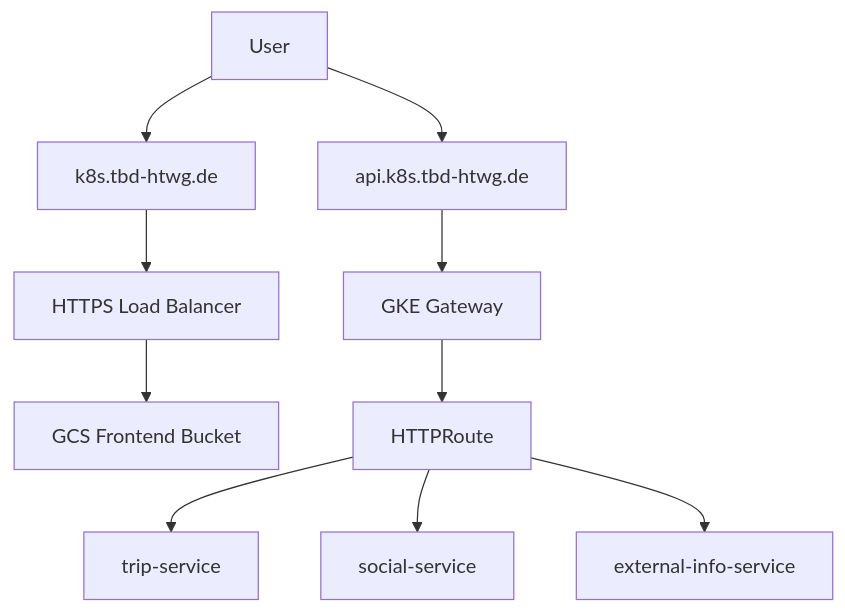
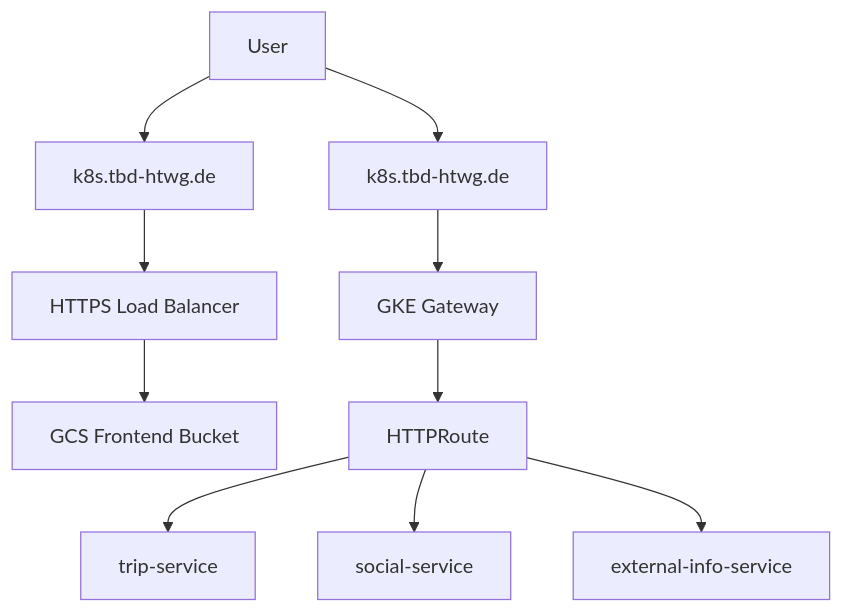
One commit to tbd-htwg/infrastructure changed the first of 2 diagrams in ms2/docs/overview.md. Above: the diagram before and after it, drawn with Mermaid. The commit also changed other lines of this file and 4 other files, not shown here.

````diff
--- a/ms2/docs/overview.md
+++ b/ms2/docs/overview.md
@@ -50,14 +50,14 @@
 ```mermaid
 graph TD
   U[User] --> FQDN[k8s.tbd-htwg.de]
-  U --> API[api.k8s.tbd-htwg.de]
+  U --> API[k8s.tbd-htwg.de]
 
   FQDN --> LB[HTTPS Load Balancer]
   LB --> BUCKET[GCS Frontend Bucket]
 
   API --> GWLb[GKE Gateway]
   GWLb --> HR[HTTPRoute]
   HR --> TRIP[trip-service]
   HR --> SOCIAL[social-service]
   HR --> EXT[external-info-service]
 ```
````
